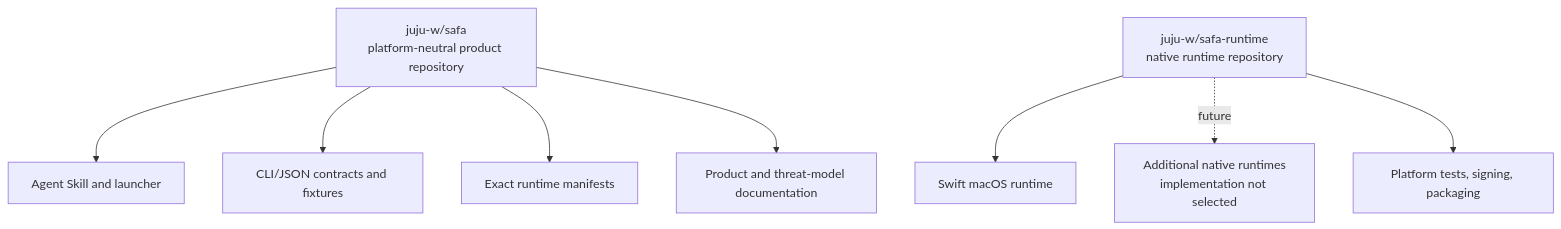
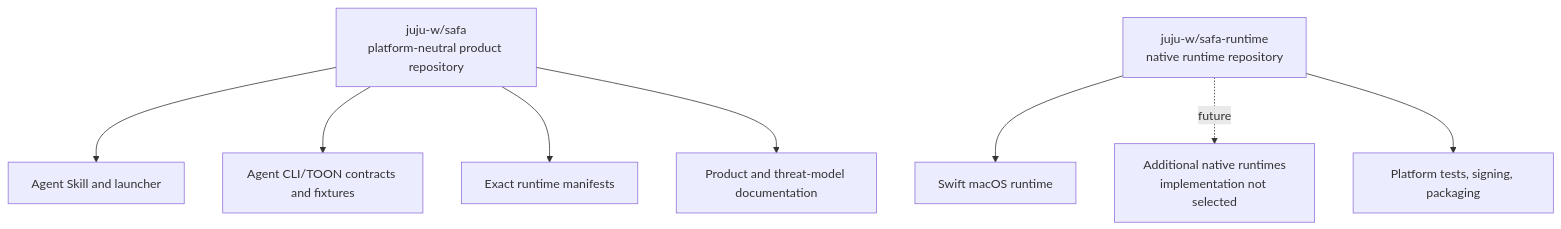
The first of 3 diagrams in docs/architecture.md (juju-w/safa), drawn with Mermaid before and after one commit. The commit also changed other lines of this file and 33 other files, not shown here.

Commit message:
feat(cli): adopt AXI TOON v2 contract

````diff
--- a/docs/architecture.md
+++ b/docs/architecture.md
@@ -14,14 +14,14 @@
 ```mermaid
 flowchart TB
     Product["juju-w/safa\nplatform-neutral product repository"]
     Runtime["juju-w/safa-runtime\nnative runtime repository"]
 
     Product --> Skill["Agent Skill and launcher"]
-    Product --> PublicContracts["CLI/JSON contracts and fixtures"]
+    Product --> PublicContracts["Agent CLI/TOON contracts and fixtures"]
     Product --> Manifest["Exact runtime manifests"]
     Product --> ProductDocs["Product and threat-model documentation"]
 
     Runtime --> Swift["Swift macOS runtime"]
     Runtime -. future .-> Other["Additional native runtimes\nimplementation not selected"]
     Runtime --> RuntimeTests["Platform tests, signing, packaging"]
 ```
````
